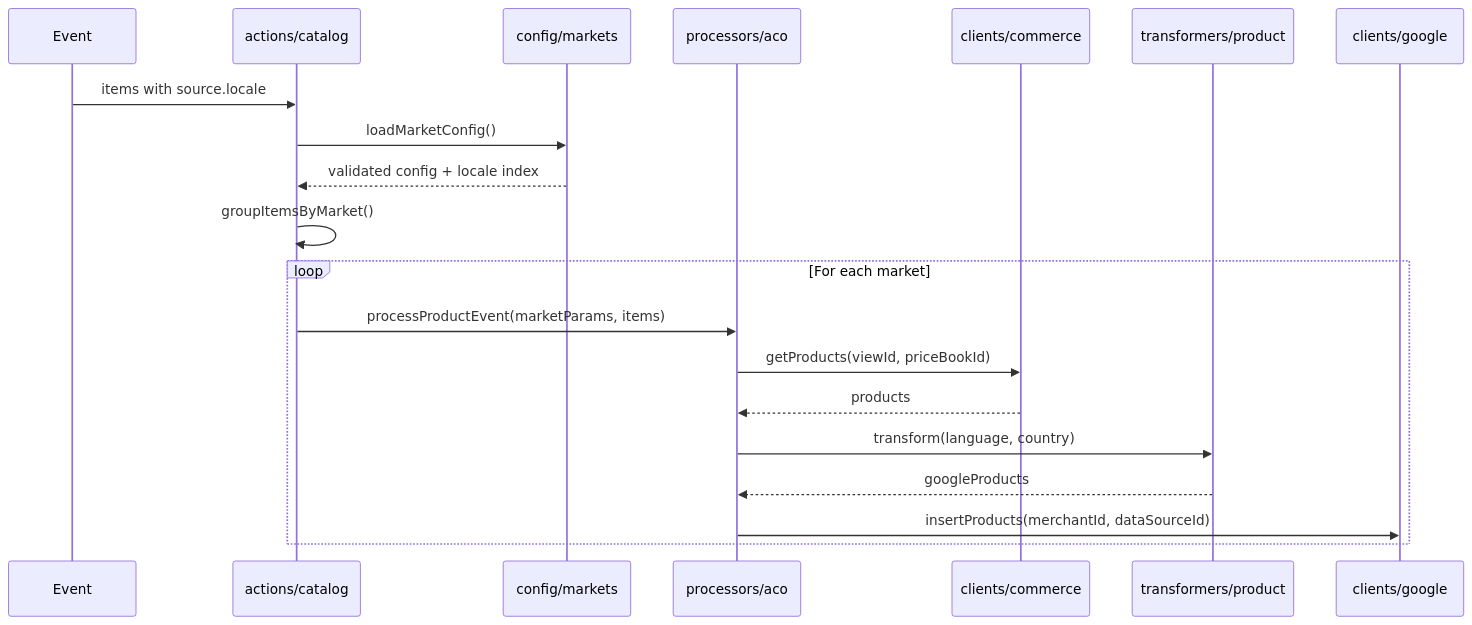
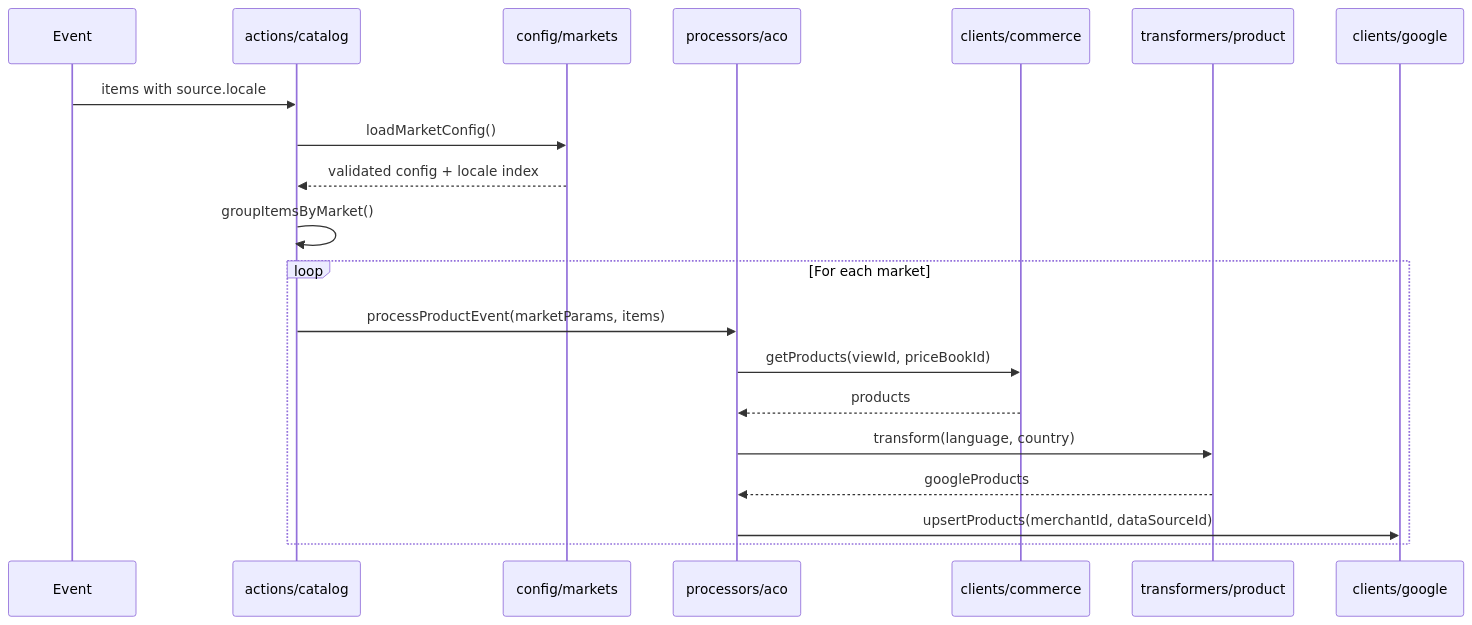
The second of 2 diagrams in config/markets/README.md (adobe-commerce/aco-google-merchant-center), drawn with Mermaid before and after one commit. The commit also changed 9 other files, not shown here.

````diff
--- a/config/markets/README.md
+++ b/config/markets/README.md
@@ -28,24 +28,24 @@
 ```mermaid
 sequenceDiagram
     participant Event
     participant Action as actions/catalog
     participant Config as config/markets
     participant Processor as processors/aco
     participant Commerce as clients/commerce
     participant Transformer as transformers/product
     participant Google as clients/google
 
     Event->>Action: items with source.locale
     Action->>Config: loadMarketConfig()
     Config-->>Action: validated config + locale index
     Action->>Action: groupItemsByMarket()
 
     loop For each market
         Action->>Processor: processProductEvent(marketParams, items)
         Processor->>Commerce: getProducts(viewId, priceBookId)
         Commerce-->>Processor: products
         Processor->>Transformer: transform(language, country)
         Transformer-->>Processor: googleProducts
-        Processor->>Google: insertProducts(merchantId, dataSourceId)
+        Processor->>Google: upsertProducts(merchantId, dataSourceId)
     end
 ```
````
